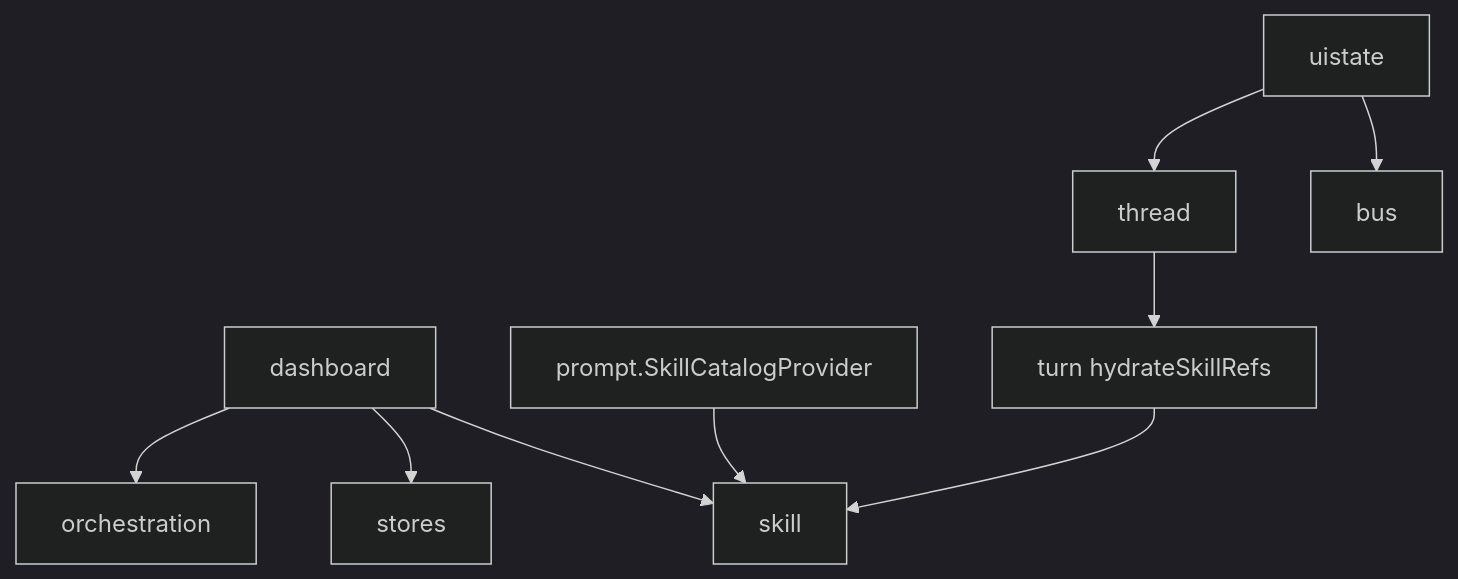
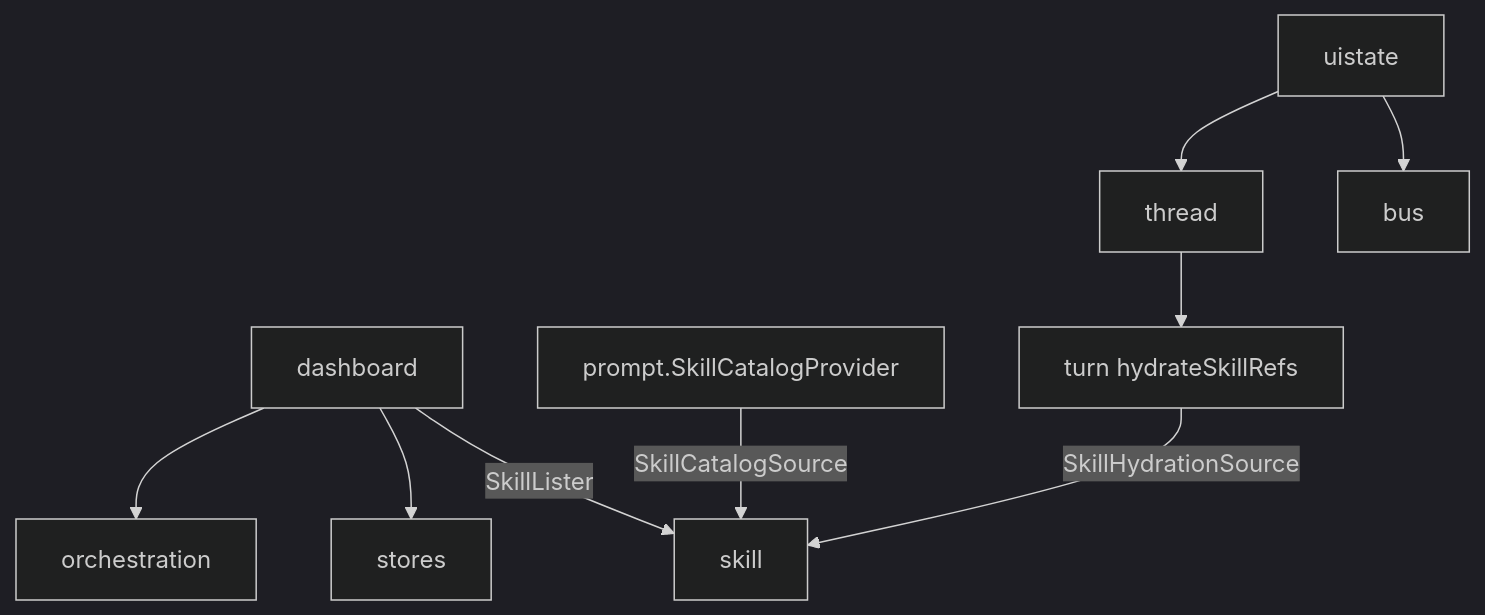
Before and after one commit to lihah111222333-cloud/Super-Dolphin-Agent-Cockpit: the second of 8 diagrams in docs/doc/codemap/07-module-read.md, drawn with Mermaid (dark theme). The commit also changed other lines of this file and 14 other files, not shown here.

````diff
--- a/docs/doc/codemap/07-module-read.md
+++ b/docs/doc/codemap/07-module-read.md
@@ -42,11 +42,11 @@
 ```mermaid
 graph TD
   dash[dashboard] --> orch[orchestration]
   dash --> stores[stores]
-  dash --> skill[skill]
-  prompt[prompt.SkillCatalogProvider] --> skill
-  turn[turn hydrateSkillRefs] --> skill
+  dash -->|SkillLister| skill[skill]
+  prompt[prompt.SkillCatalogProvider] -->|SkillCatalogSource| skill
+  turn[turn hydrateSkillRefs] -->|SkillHydrationSource| skill
   thread[thread] --> turn
   uistate[uistate] --> thread
   uistate --> bus[bus]
 ```
````
